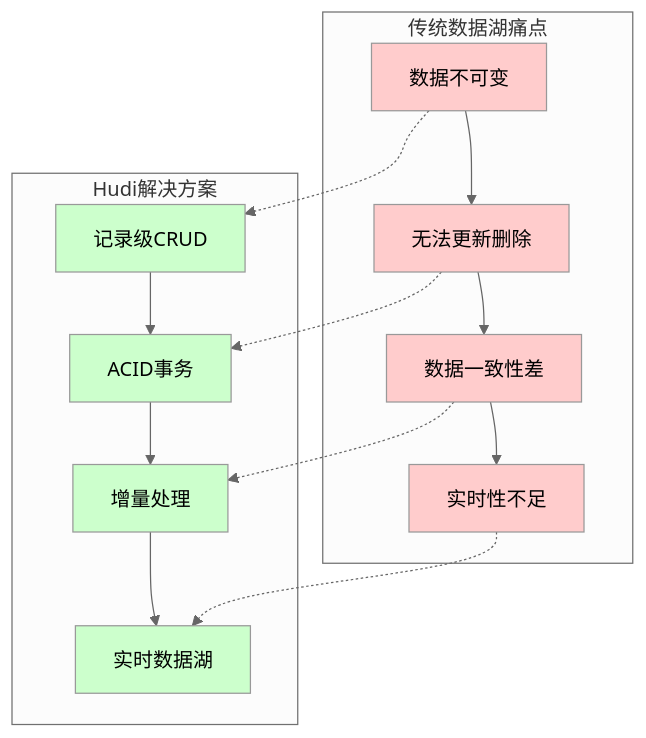
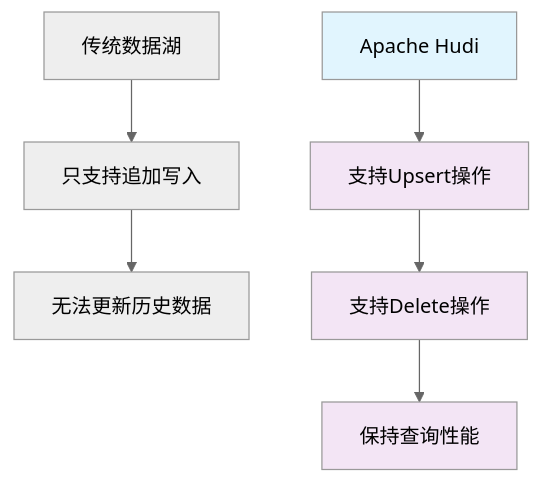
The first of 39 diagrams in 29.hudi.md (ralph-wren/TechStack-Handbook), drawn with Mermaid (neutral theme) before and after one commit. The commit also changed other lines of this file and 2 other files, not shown here.

First line of the commit message:
Update tech documentation guidelines and expand Hudi guide content

````diff
--- a/29.hudi.md
+++ b/29.hudi.md
@@ -65,28 +218,14 @@
 ```mermaid
-graph TB
-    subgraph "传统数据湖痛点"
-        A["数据不可变"] --> B["无法更新删除"]
-        B --> C["数据一致性差"]
-        C --> D["实时性不足"]
-    end
+graph TD
+    A["传统数据湖"] --> B["只支持追加写入"]
+    B --> C["无法更新历史数据"]
     
-    subgraph "Hudi解决方案"
-        E["记录级CRUD"] --> F["ACID事务"]
-        F --> G["增量处理"]
-        G --> H["实时数据湖"]
-    end
+    D["Apache Hudi"] --> E["支持Upsert操作"]
+    E --> F["支持Delete操作"]
+    F --> G["保持查询性能"]
     
-    A -.-> E
-    B -.-> F
-    C -.-> G
-    D -.-> H
-    
-    style A fill:#ffcccc
-    style B fill:#ffcccc
-    style C fill:#ffcccc
-    style D fill:#ffcccc
-    style E fill:#ccffcc
-    style F fill:#ccffcc
-    style G fill:#ccffcc
-    style H fill:#ccffcc
+    style D fill:#e1f5fe
+    style E fill:#f3e5f5
+    style F fill:#f3e5f5
+    style G fill:#f3e5f5
 ```
````
